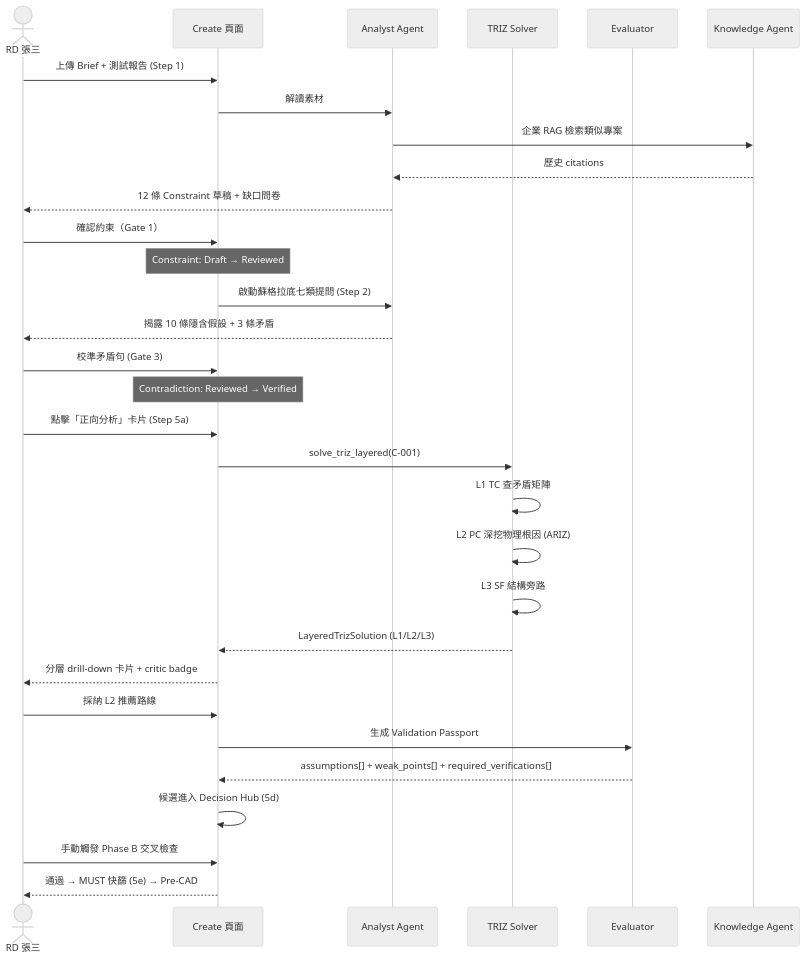
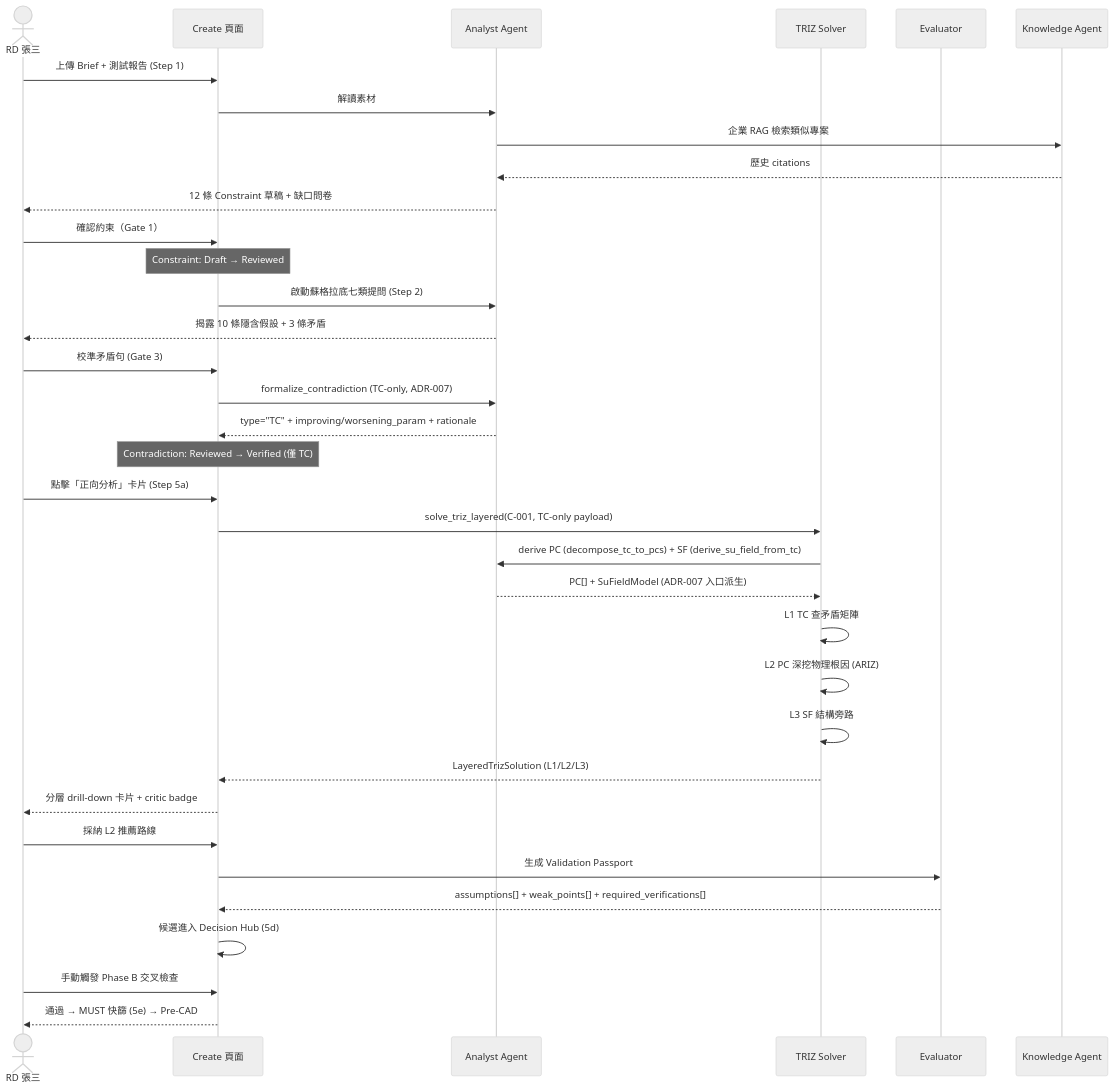
Before and after one commit to Zenobia000/design-copilot-blueprint: the second of 4 diagrams in docs/01-define/E3x--system-interaction-flow.md, drawn with Mermaid (neutral theme). The commit also changed other lines of this file and 16 other files, not shown here.

````diff
--- a/docs/01-define/E3x--system-interaction-flow.md
+++ b/docs/01-define/E3x--system-interaction-flow.md
@@ -60,39 +61,43 @@
 ```mermaid
 sequenceDiagram
     actor RD as RD 張三
     participant UI as Create 頁面
     participant AA as Analyst Agent
     participant TS as TRIZ Solver
     participant EV as Evaluator
     participant KB as Knowledge Agent
 
     RD->>UI: 上傳 Brief + 測試報告 (Step 1)
     UI->>AA: 解讀素材
     AA->>KB: 企業 RAG 檢索類似專案
     KB-->>AA: 歷史 citations
     AA-->>RD: 12 條 Constraint 草稿 + 缺口問卷
 
     RD->>UI: 確認約束（Gate 1）
     Note over UI: Constraint: Draft → Reviewed
 
     UI->>AA: 啟動蘇格拉底七類提問 (Step 2)
     AA-->>RD: 揭露 10 條隱含假設 + 3 條矛盾
     RD->>UI: 校準矛盾句 (Gate 3)
-    Note over UI: Contradiction: Reviewed → Verified
+    UI->>AA: formalize_contradiction (TC-only, ADR-007)
+    AA-->>UI: type="TC" + improving/worsening_param + rationale
+    Note over UI: Contradiction: Reviewed → Verified (僅 TC)
 
     RD->>UI: 點擊「正向分析」卡片 (Step 5a)
-    UI->>TS: solve_triz_layered(C-001)
+    UI->>TS: solve_triz_layered(C-001, TC-only payload)
+    TS->>AA: derive PC (decompose_tc_to_pcs) + SF (derive_su_field_from_tc)
+    AA-->>TS: PC[] + SuFieldModel (ADR-007 入口派生)
     TS->>TS: L1 TC 查矛盾矩陣
     TS->>TS: L2 PC 深挖物理根因 (ARIZ)
     TS->>TS: L3 SF 結構旁路
     TS-->>UI: LayeredTrizSolution (L1/L2/L3)
     UI-->>RD: 分層 drill-down 卡片 + critic badge
 
     RD->>UI: 採納 L2 推薦路線
     UI->>EV: 生成 Validation Passport
     EV-->>UI: assumptions[] + weak_points[] + required_verifications[]
 
     UI->>UI: 候選進入 Decision Hub (5d)
     RD->>UI: 手動觸發 Phase B 交叉檢查
     UI-->>RD: 通過 → MUST 快篩 (5e) → Pre-CAD
 ```
````
